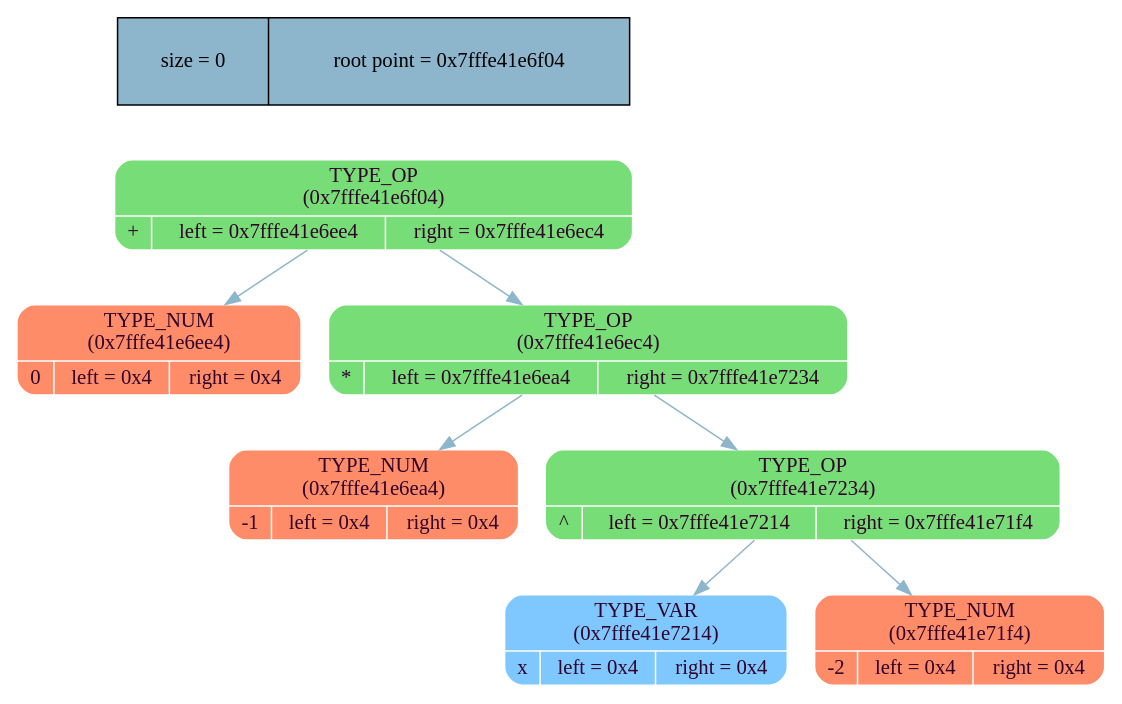
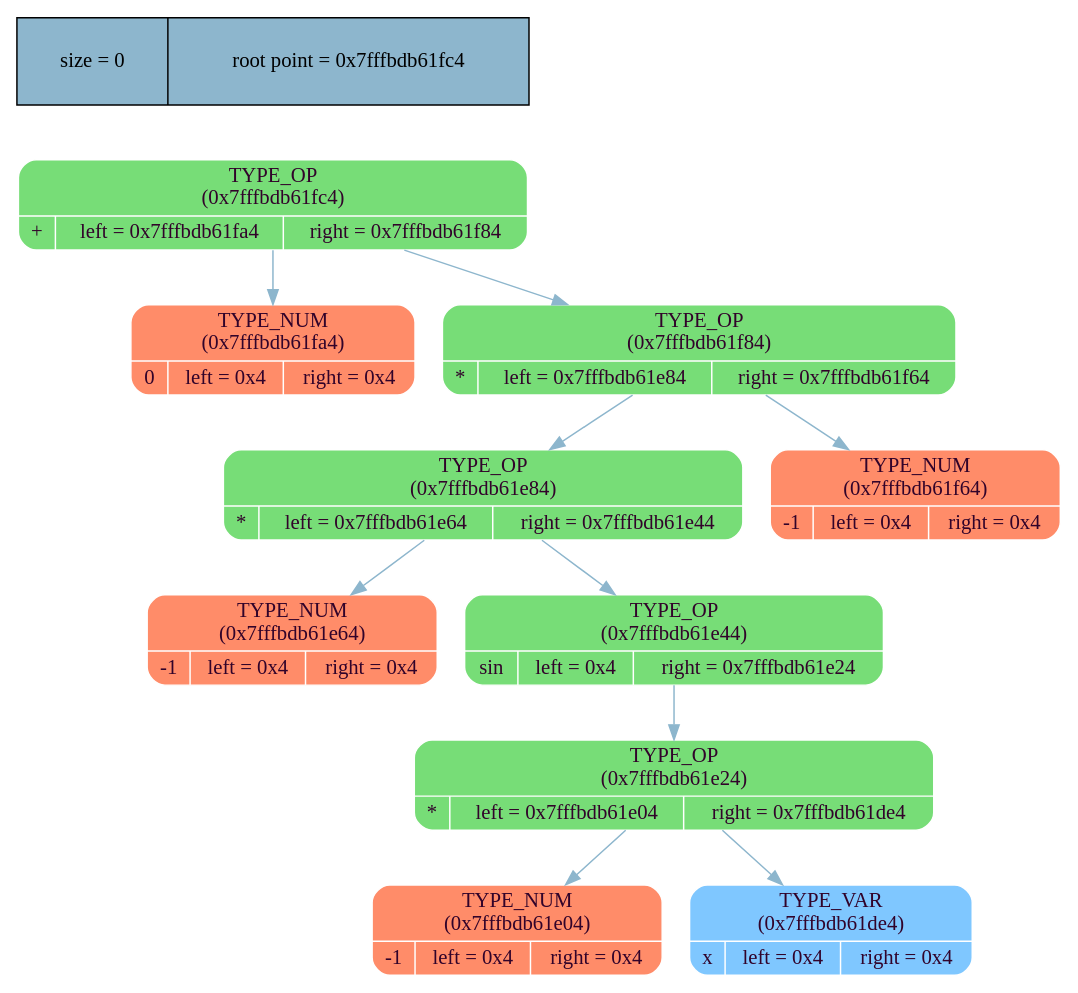
The diagram in tree/graph_lib/tree_dump.dot (MaxGroshev/differentiator), drawn with Graphviz before and after one commit. The commit also changed 12 other files, not shown here.

```diff
--- a/tree/graph_lib/tree_dump.dot
+++ b/tree/graph_lib/tree_dump.dot
@@ -1,22 +1,28 @@
 digraph   
 {
 rankdir = ""
 splines = "true"
 
-node_stat [margin = "0.3*0.3", style = "filled", shape = "record", fillcolor = "#8DB6CD" label = " size = 0 | root point = 0x7fffe41e6f04"]
+node_stat [margin = "0.3*0.3", style = "filled", shape = "record", fillcolor = "#8DB6CD" label = " size = 0 | root point = 0x7fffbdb61fc4"]
 {rank = source; node_stat}
 
-node0x7fffe41e6f04 [shape = "Mrecord", fillcolor = "#77DD77", style = "filled", fontcolor = "#31032A", fontname = "Calibri", color = "white", label = "{TYPE_OP\n (0x7fffe41e6f04)| {+ |left = 0x7fffe41e6ee4 |right = 0x7fffe41e6ec4}}"]
-node0x7fffe41e6f04 -> node0x7fffe41e6ee4 [color = "#8DB6CD", style = "", constraint = true, fillcolor = "#8DB6CD",   fontcolor = "", fontname = "Calibri", label = ""];
-node0x7fffe41e6ee4 [shape = "Mrecord", fillcolor = "#FF8C69", style = "filled", fontcolor = "#31032A", fontname = "Calibri", color = "white", label = "{TYPE_NUM\n (0x7fffe41e6ee4)| {0 |left = 0x4 |right = 0x4}}"]
-node0x7fffe41e6f04 -> node0x7fffe41e6ec4 [color = "#8DB6CD", style = "", constraint = true, fillcolor = "#8DB6CD",   fontcolor = "", fontname = "Calibri", label = ""];
-node0x7fffe41e6ec4 [shape = "Mrecord", fillcolor = "#77DD77", style = "filled", fontcolor = "#31032A", fontname = "Calibri", color = "white", label = "{TYPE_OP\n (0x7fffe41e6ec4)| {* |left = 0x7fffe41e6ea4 |right = 0x7fffe41e7234}}"]
-node0x7fffe41e6ec4 -> node0x7fffe41e6ea4 [color = "#8DB6CD", style = "", constraint = true, fillcolor = "#8DB6CD",   fontcolor = "", fontname = "Calibri", label = ""];
-node0x7fffe41e6ea4 [shape = "Mrecord", fillcolor = "#FF8C69", style = "filled", fontcolor = "#31032A", fontname = "Calibri", color = "white", label = "{TYPE_NUM\n (0x7fffe41e6ea4)| {-1 |left = 0x4 |right = 0x4}}"]
-node0x7fffe41e6ec4 -> node0x7fffe41e7234 [color = "#8DB6CD", style = "", constraint = true, fillcolor = "#8DB6CD",   fontcolor = "", fontname = "Calibri", label = ""];
-node0x7fffe41e7234 [shape = "Mrecord", fillcolor = "#77DD77", style = "filled", fontcolor = "#31032A", fontname = "Calibri", color = "white", label = "{TYPE_OP\n (0x7fffe41e7234)| {^ |left = 0x7fffe41e7214 |right = 0x7fffe41e71f4}}"]
-node0x7fffe41e7234 -> node0x7fffe41e7214 [color = "#8DB6CD", style = "", constraint = true, fillcolor = "#8DB6CD",   fontcolor = "", fontname = "Calibri", label = ""];
-node0x7fffe41e7214 [shape = "Mrecord", fillcolor = "#7FC7FF", style = "filled", fontcolor = "#31032A", fontname = "Calibri", color = "white", label = "{TYPE_VAR\n (0x7fffe41e7214)| {x |left = 0x4 |right = 0x4}}"]
-node0x7fffe41e7234 -> node0x7fffe41e71f4 [color = "#8DB6CD", style = "", constraint = true, fillcolor = "#8DB6CD",   fontcolor = "", fontname = "Calibri", label = ""];
-node0x7fffe41e71f4 [shape = "Mrecord", fillcolor = "#FF8C69", style = "filled", fontcolor = "#31032A", fontname = "Calibri", color = "white", label = "{TYPE_NUM\n (0x7fffe41e71f4)| {-2 |left = 0x4 |right = 0x4}}"]
+node0x7fffbdb61fc4 [shape = "Mrecord", fillcolor = "#77DD77", style = "filled", fontcolor = "#31032A", fontname = "Calibri", color = "white", label = "{TYPE_OP\n (0x7fffbdb61fc4)| {+ |left = 0x7fffbdb61fa4 |right = 0x7fffbdb61f84}}"]
+node0x7fffbdb61fc4 -> node0x7fffbdb61fa4 [color = "#8DB6CD", style = "", constraint = true, fillcolor = "#8DB6CD",   fontcolor = "", fontname = "Calibri", label = ""];
+node0x7fffbdb61fa4 [shape = "Mrecord", fillcolor = "#FF8C69", style = "filled", fontcolor = "#31032A", fontname = "Calibri", color = "white", label = "{TYPE_NUM\n (0x7fffbdb61fa4)| {0 |left = 0x4 |right = 0x4}}"]
+node0x7fffbdb61fc4 -> node0x7fffbdb61f84 [color = "#8DB6CD", style = "", constraint = true, fillcolor = "#8DB6CD",   fontcolor = "", fontname = "Calibri", label = ""];
+node0x7fffbdb61f84 [shape = "Mrecord", fillcolor = "#77DD77", style = "filled", fontcolor = "#31032A", fontname = "Calibri", color = "white", label = "{TYPE_OP\n (0x7fffbdb61f84)| {* |left = 0x7fffbdb61e84 |right = 0x7fffbdb61f64}}"]
+node0x7fffbdb61f84 -> node0x7fffbdb61e84 [color = "#8DB6CD", style = "", constraint = true, fillcolor = "#8DB6CD",   fontcolor = "", fontname = "Calibri", label = ""];
+node0x7fffbdb61e84 [shape = "Mrecord", fillcolor = "#77DD77", style = "filled", fontcolor = "#31032A", fontname = "Calibri", color = "white", label = "{TYPE_OP\n (0x7fffbdb61e84)| {* |left = 0x7fffbdb61e64 |right = 0x7fffbdb61e44}}"]
+node0x7fffbdb61e84 -> node0x7fffbdb61e64 [color = "#8DB6CD", style = "", constraint = true, fillcolor = "#8DB6CD",   fontcolor = "", fontname = "Calibri", label = ""];
+node0x7fffbdb61e64 [shape = "Mrecord", fillcolor = "#FF8C69", style = "filled", fontcolor = "#31032A", fontname = "Calibri", color = "white", label = "{TYPE_NUM\n (0x7fffbdb61e64)| {-1 |left = 0x4 |right = 0x4}}"]
+node0x7fffbdb61e84 -> node0x7fffbdb61e44 [color = "#8DB6CD", style = "", constraint = true, fillcolor = "#8DB6CD",   fontcolor = "", fontname = "Calibri", label = ""];
+node0x7fffbdb61e44 [shape = "Mrecord", fillcolor = "#77DD77", style = "filled", fontcolor = "#31032A", fontname = "Calibri", color = "white", label = "{TYPE_OP\n (0x7fffbdb61e44)| {sin |left = 0x4 |right = 0x7fffbdb61e24}}"]
+node0x7fffbdb61e44 -> node0x7fffbdb61e24 [color = "#8DB6CD", style = "", constraint = true, fillcolor = "#8DB6CD",   fontcolor = "", fontname = "Calibri", label = ""];
+node0x7fffbdb61e24 [shape = "Mrecord", fillcolor = "#77DD77", style = "filled", fontcolor = "#31032A", fontname = "Calibri", color = "white", label = "{TYPE_OP\n (0x7fffbdb61e24)| {* |left = 0x7fffbdb61e04 |right = 0x7fffbdb61de4}}"]
+node0x7fffbdb61e24 -> node0x7fffbdb61e04 [color = "#8DB6CD", style = "", constraint = true, fillcolor = "#8DB6CD",   fontcolor = "", fontname = "Calibri", label = ""];
+node0x7fffbdb61e04 [shape = "Mrecord", fillcolor = "#FF8C69", style = "filled", fontcolor = "#31032A", fontname = "Calibri", color = "white", label = "{TYPE_NUM\n (0x7fffbdb61e04)| {-1 |left = 0x4 |right = 0x4}}"]
+node0x7fffbdb61e24 -> node0x7fffbdb61de4 [color = "#8DB6CD", style = "", constraint = true, fillcolor = "#8DB6CD",   fontcolor = "", fontname = "Calibri", label = ""];
+node0x7fffbdb61de4 [shape = "Mrecord", fillcolor = "#7FC7FF", style = "filled", fontcolor = "#31032A", fontname = "Calibri", color = "white", label = "{TYPE_VAR\n (0x7fffbdb61de4)| {x |left = 0x4 |right = 0x4}}"]
+node0x7fffbdb61f84 -> node0x7fffbdb61f64 [color = "#8DB6CD", style = "", constraint = true, fillcolor = "#8DB6CD",   fontcolor = "", fontname = "Calibri", label = ""];
+node0x7fffbdb61f64 [shape = "Mrecord", fillcolor = "#FF8C69", style = "filled", fontcolor = "#31032A", fontname = "Calibri", color = "white", label = "{TYPE_NUM\n (0x7fffbdb61f64)| {-1 |left = 0x4 |right = 0x4}}"]
 }
```
